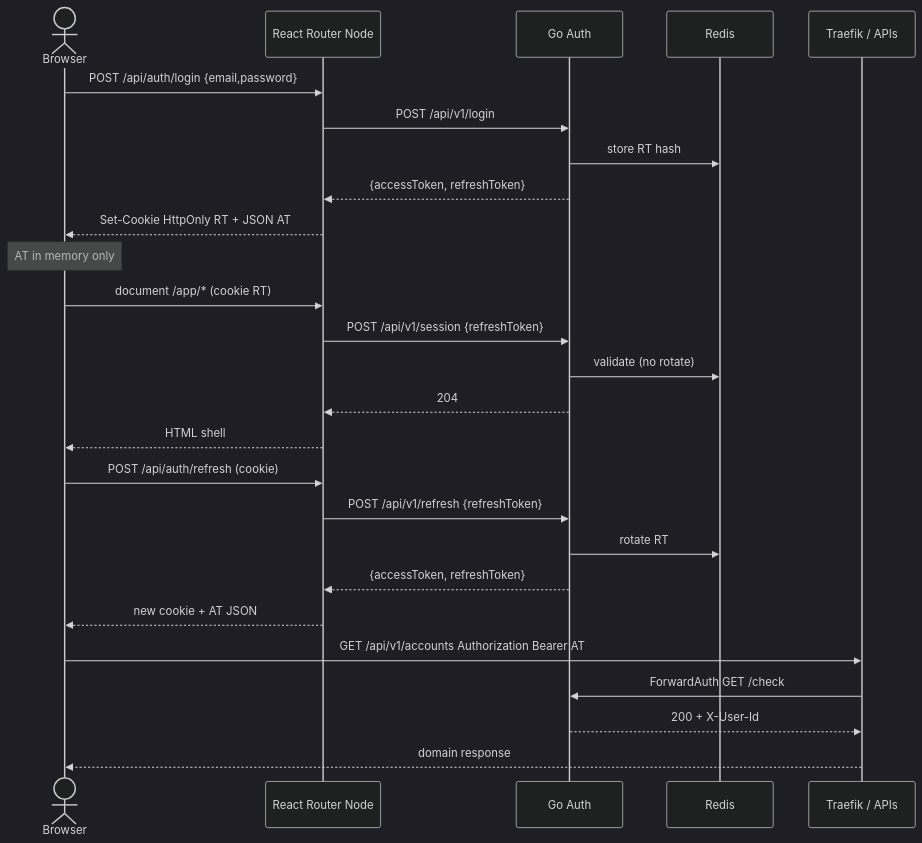
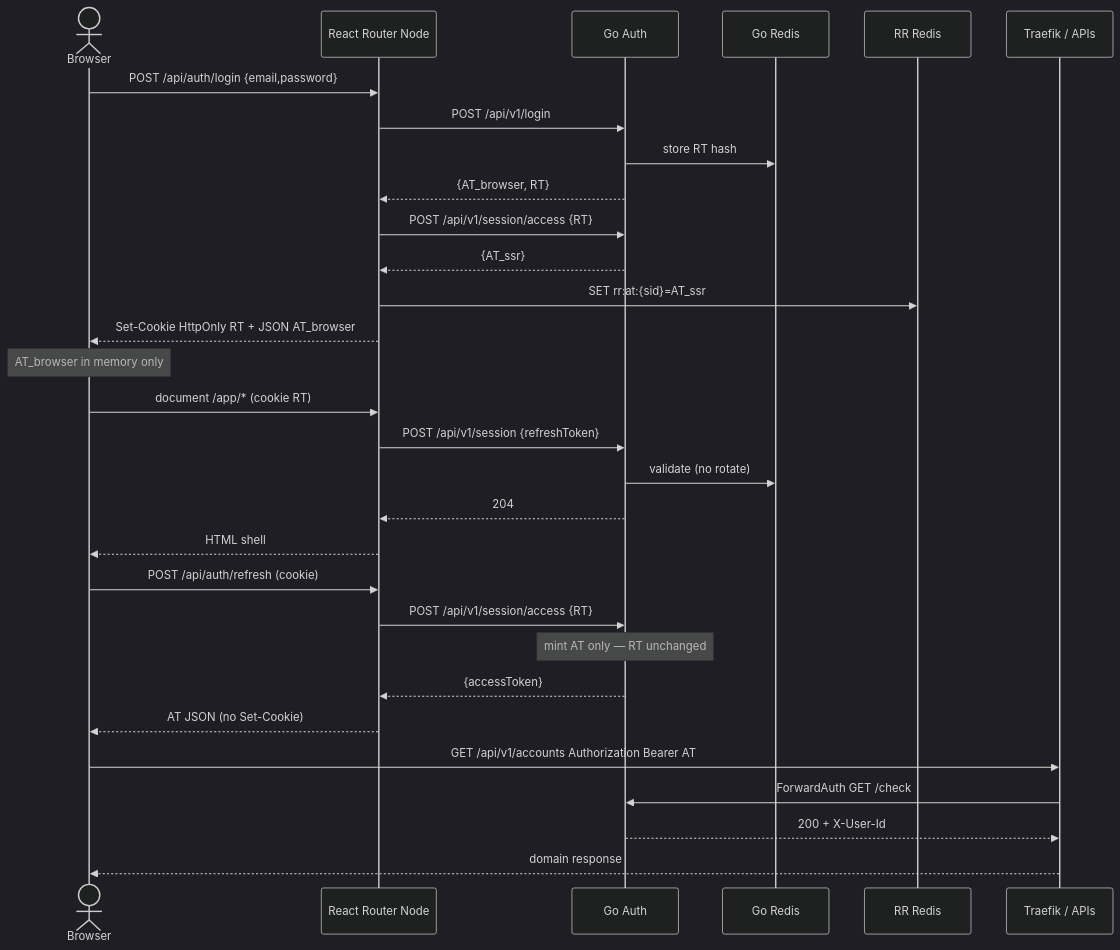
Before and after one commit to Phathdt/transx: the second of 6 diagrams in README.md, drawn with Mermaid (dark theme). The commit also changed other lines of this file and 20 other files, not shown here.

First line of the commit message:
feat(auth): dual access tokens via session/access and RR Redis

````diff
--- a/README.md
+++ b/README.md
@@ -297,32 +303,36 @@
 ```mermaid
 sequenceDiagram
     actor B as Browser
     participant RR as React Router Node
     participant A as Go Auth
-    participant R as Redis
+    participant RG as Go Redis
+    participant RRDS as RR Redis
     participant T as Traefik / APIs
 
     B->>RR: POST /api/auth/login {email,password}
     RR->>A: POST /api/v1/login
-    A->>R: store RT hash
-    A-->>RR: {accessToken, refreshToken}
-    RR-->>B: Set-Cookie HttpOnly RT + JSON AT
-    Note over B: AT in memory only
+    A->>RG: store RT hash
+    A-->>RR: {AT_browser, RT}
+    RR->>A: POST /api/v1/session/access {RT}
+    A-->>RR: {AT_ssr}
+    RR->>RRDS: SET rr:at:{sid}=AT_ssr
+    RR-->>B: Set-Cookie HttpOnly RT + JSON AT_browser
+    Note over B: AT_browser in memory only
 
     B->>RR: document /app/* (cookie RT)
     RR->>A: POST /api/v1/session {refreshToken}
-    A->>R: validate (no rotate)
+    A->>RG: validate (no rotate)
     A-->>RR: 204
     RR-->>B: HTML shell
 
     B->>RR: POST /api/auth/refresh (cookie)
-    RR->>A: POST /api/v1/refresh {refreshToken}
-    A->>R: rotate RT
-    A-->>RR: {accessToken, refreshToken}
-    RR-->>B: new cookie + AT JSON
+    RR->>A: POST /api/v1/session/access {RT}
+    Note over A: mint AT only — RT unchanged
+    A-->>RR: {accessToken}
+    RR-->>B: AT JSON (no Set-Cookie)
 
     B->>T: GET /api/v1/accounts Authorization Bearer AT
     T->>A: ForwardAuth GET /check
     A-->>T: 200 + X-User-Id
     T-->>B: domain response
 ```
````
